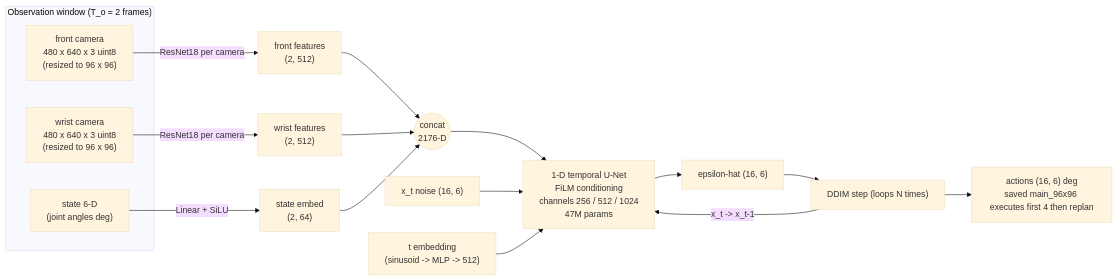
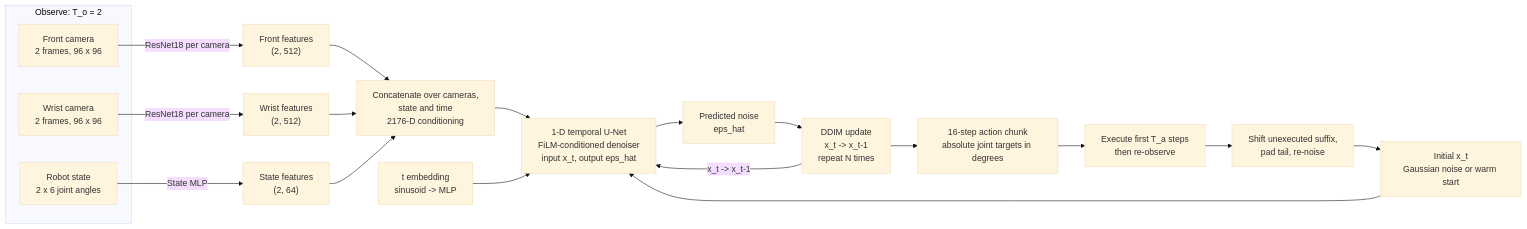
The diagram in README.md (yeeegem/multimodal-manipulation-benchmark), drawn with Mermaid (base theme) before and after one commit. The commit also changed 3 other files, not shown here.

````diff
--- a/README.md
+++ b/README.md
@@ -45,25 +45,28 @@
 ```mermaid
 flowchart LR
-  subgraph IN["Observation window (T_o = 2 frames)"]
-    Front["front camera<br/>480 x 640 x 3 uint8<br/>(resized to 96 x 96)"]
-    Wrist["wrist camera<br/>480 x 640 x 3 uint8<br/>(resized to 96 x 96)"]
-    State["state 6-D<br/>(joint angles deg)"]
+  subgraph Observe["Observe: T_o = 2"]
+    Front["Front camera<br/>2 frames, 96 x 96"]
+    Wrist["Wrist camera<br/>2 frames, 96 x 96"]
+    State["Robot state<br/>2 x 6 joint angles"]
   end
 
-  Front -->|ResNet18 per camera| F["front features<br/>(2, 512)"]
-  Wrist -->|ResNet18 per camera| W["wrist features<br/>(2, 512)"]
-  State -->|Linear + SiLU| S["state embed<br/>(2, 64)"]
+  Front -->|ResNet18 per camera| F["Front features<br/>(2, 512)"]
+  Wrist -->|ResNet18 per camera| W["Wrist features<br/>(2, 512)"]
+  State -->|State MLP| S["State features<br/>(2, 64)"]
 
-  F --> C(("concat<br/>2176-D"))
+  F --> C["Concatenate over cameras,<br/>state and time<br/>2176-D conditioning"]
   W --> C
   S --> C
 
-  C --> UNet["1-D temporal U-Net<br/>FiLM conditioning<br/>channels 256 / 512 / 1024<br/>47M params"]
-  Noise["x_t noise (16, 6)"] --> UNet
-  TS["t embedding<br/>(sinusoid -> MLP -> 512)"] --> UNet
-  UNet --> EpsHat["epsilon-hat (16, 6)"]
+  C --> UNet["1-D temporal U-Net<br/>FiLM-conditioned denoiser<br/>input x_t, output eps_hat"]
+  Noise["Initial x_t<br/>Gaussian noise or warm start"] --> UNet
+  TS["t embedding<br/>sinusoid -> MLP"] --> UNet
+  UNet --> EpsHat["Predicted noise<br/>eps_hat"]
 
-  EpsHat --> DDIM["DDIM step (loops N times)"]
+  EpsHat --> DDIM["DDIM update<br/>x_t -> x_t-1<br/>repeat N times"]
   DDIM -->|x_t -> x_t-1| UNet
-  DDIM --> Out["actions (16, 6) deg<br/>saved main_96x96 executes first 4 then replan"]
+  DDIM --> Out["16-step action chunk<br/>absolute joint targets in degrees"]
+  Out --> Exec["Execute first T_a steps<br/>then re-observe"]
+  Exec --> Warm["Shift unexecuted suffix,<br/>pad tail, re-noise"]
+  Warm --> Noise
 ```
````
